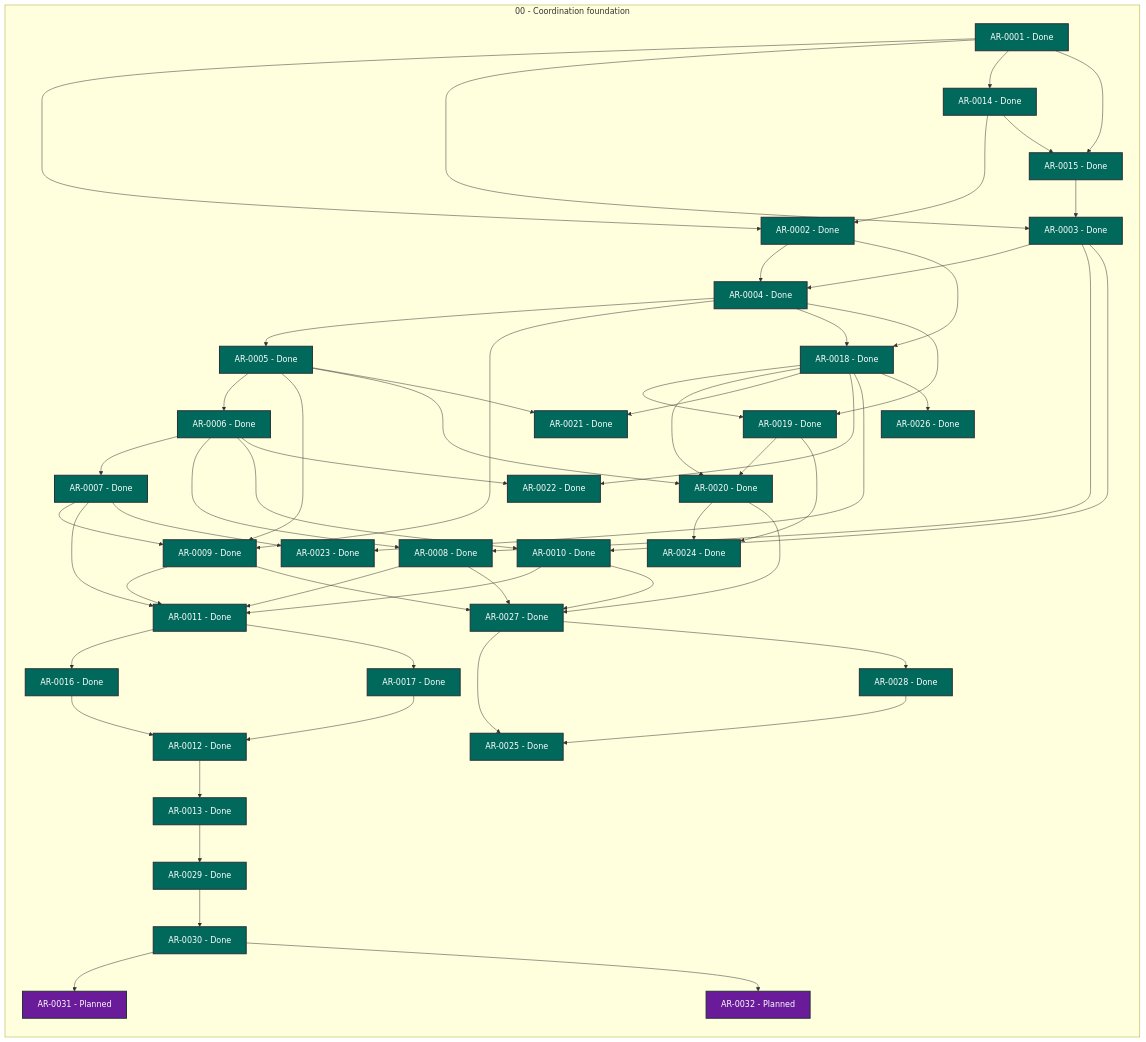
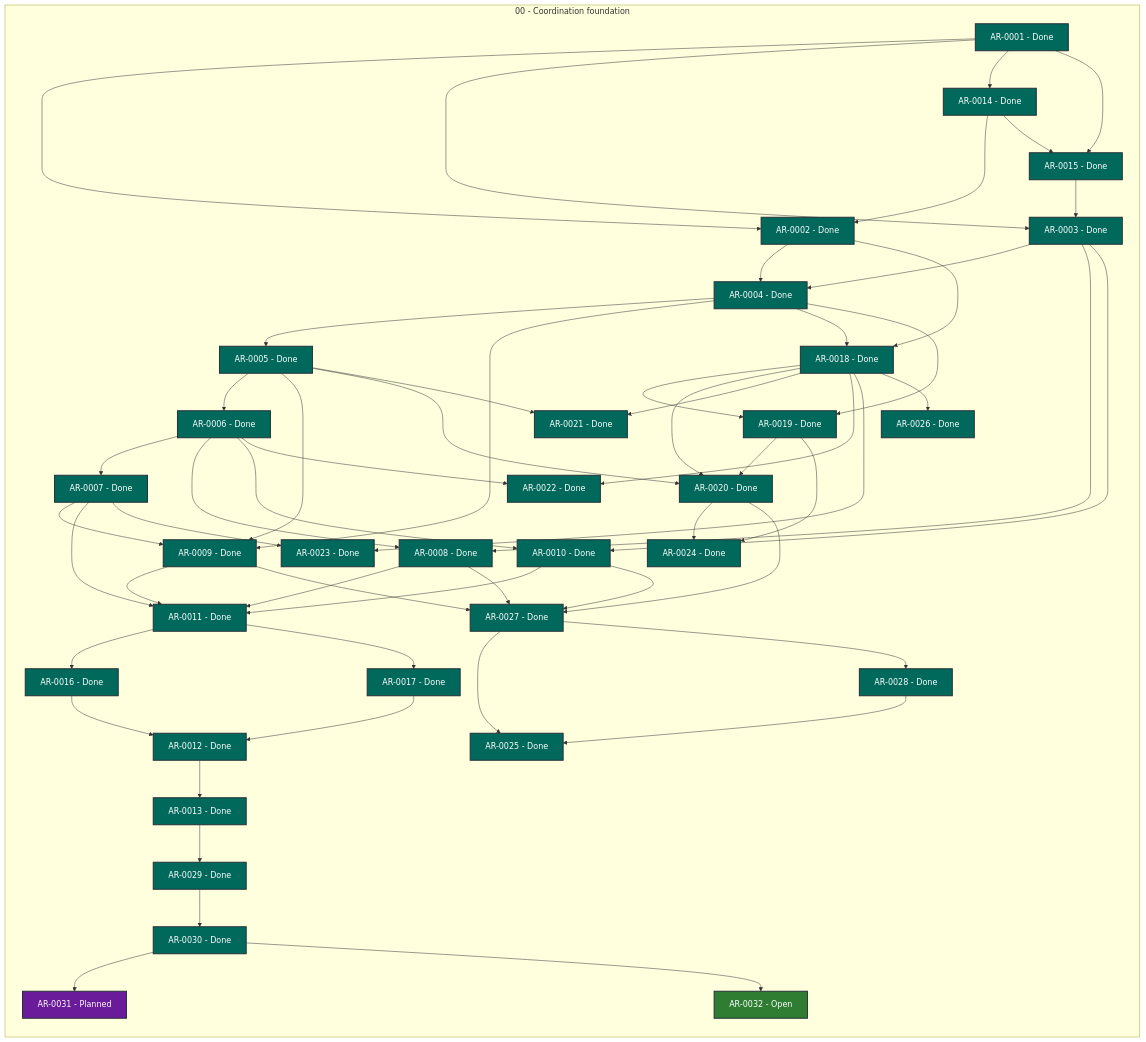
Before and after one commit to martin-beck/agent-workflow-tui-state: the diagram in STATUS.md, drawn with Mermaid. The commit also changed other lines of this file and 2 other files, not shown here.

```diff
--- a/STATUS.md
+++ b/STATUS.md
@@ -59,7 +59,7 @@
         AR_0029["AR-0029 - Done"]:::status_done
         AR_0030["AR-0030 - Done"]:::status_done
         AR_0031["AR-0031 - Planned"]:::status_planned
-        AR_0032["AR-0032 - Planned"]:::status_planned
+        AR_0032["AR-0032 - Open"]:::status_open
     end
     AR_0001 --> AR_0002
     AR_0001 --> AR_0003
```
